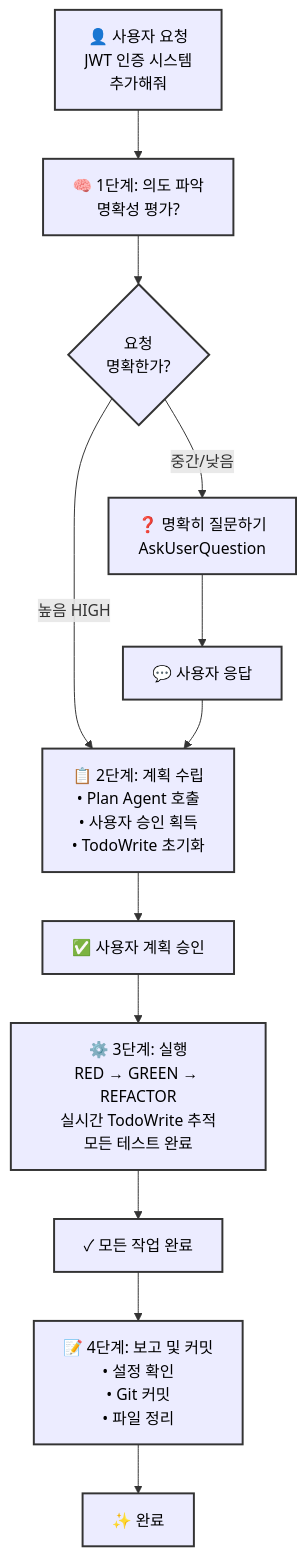
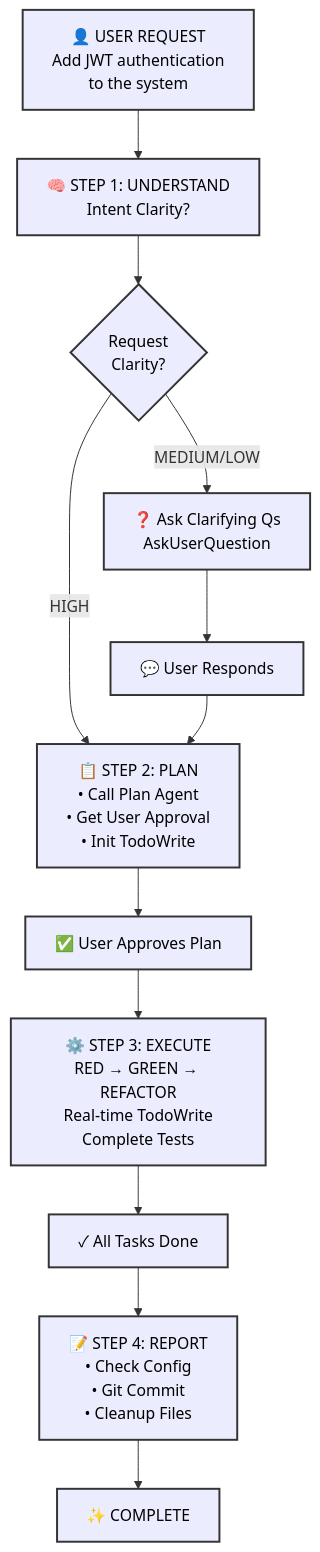
Before and after one commit to modu-ai/moai-adk: the first of 2 diagrams in README.ko.md, drawn with Mermaid. The commit also changed other lines of this file, not shown here.

````diff
--- a/README.ko.md
+++ b/README.ko.md
@@ -1512,44 +1592,44 @@
 ```mermaid
 flowchart TD
-    Start["👤 사용자 요청<br/>JWT 인증 시스템<br/>추가해줘"]
+    Start["👤 USER REQUEST<br/>Add JWT authentication<br/>to the system"]
 
-    Step1["🧠 1단계: 의도 파악<br/>명확성 평가?"]
+    Step1["🧠 STEP 1: UNDERSTAND<br/>Intent Clarity?"]
 
-    HighClarity{"요청<br/>명확한가?"}
+    HighClarity{"Request<br/>Clarity?"}
 
-    LowClarity["❓ 명확히 질문하기<br/>AskUserQuestion"]
-    UserRespond["💬 사용자 응답"]
+    LowClarity["❓ Ask Clarifying Qs<br/>AskUserQuestion"]
+    UserRespond["💬 User Responds"]
 
-    Step2["📋 2단계: 계획 수립<br/>• Plan Agent 호출<br/>• 사용자 승인 획득<br/>• TodoWrite 초기화"]
+    Step2["📋 STEP 2: PLAN<br/>• Call Plan Agent<br/>• Get User Approval<br/>• Init TodoWrite"]
 
-    UserApprove["✅ 사용자 계획 승인"]
+    UserApprove["✅ User Approves Plan"]
 
-    Step3["⚙️ 3단계: 실행<br/>RED → GREEN → REFACTOR<br/>실시간 TodoWrite 추적<br/>모든 테스트 완료"]
+    Step3["⚙️ STEP 3: EXECUTE<br/>RED → GREEN → REFACTOR<br/>Real-time TodoWrite<br/>Complete Tests"]
 
-    TasksComplete["✓ 모든 작업 완료"]
+    TasksComplete["✓ All Tasks Done"]
 
-    Step4["📝 4단계: 보고 및 커밋<br/>• 설정 확인<br/>• Git 커밋<br/>• 파일 정리"]
+    Step4["📝 STEP 4: REPORT<br/>• Check Config<br/>• Git Commit<br/>• Cleanup Files"]
 
-    Done["✨ 완료"]
+    Done["✨ COMPLETE"]
 
     Start --> Step1
     Step1 --> HighClarity
 
-    HighClarity -->|높음 HIGH| Step2
-    HighClarity -->|중간/낮음| LowClarity
+    HighClarity -->|HIGH| Step2
+    HighClarity -->|MEDIUM/LOW| LowClarity
 
     LowClarity --> UserRespond
     UserRespond --> Step2
 
     Step2 --> UserApprove
     UserApprove --> Step3
 
     Step3 --> TasksComplete
     TasksComplete --> Step4
 
     Step4 --> Done
 
     classDef nodeStyle stroke:#333,stroke-width:2px,color:#000
 
     class Start,Step1,Step2,Step3,Step4,HighClarity,LowClarity,UserRespond,UserApprove,TasksComplete,Done nodeStyle
 ```
````
